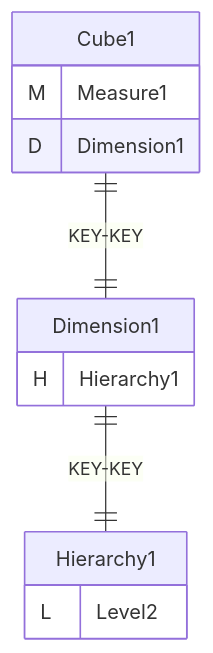
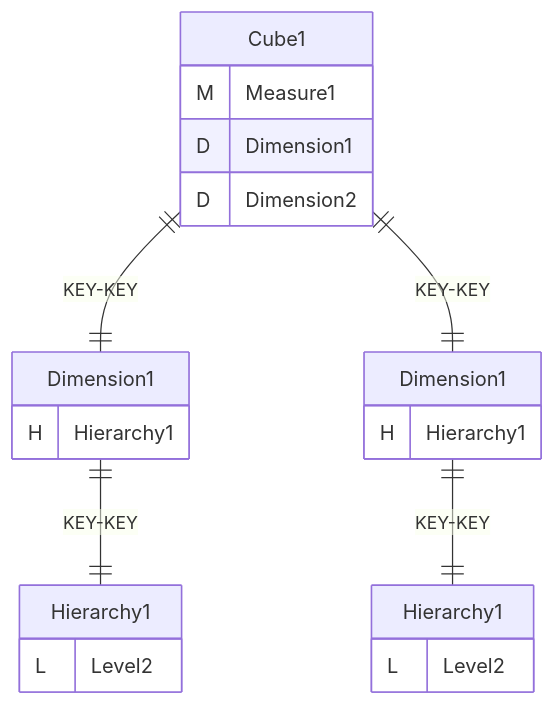
Before and after one commit to xmla-services/workground: the first of 4 diagrams in demo/server/catalogs/tutorial_25_with_role_with_access_all_none_custom/README.MD, drawn with Mermaid. The commit also changed other lines of this file and 30 other files, not shown here.

````diff
--- a/demo/server/catalogs/tutorial_25_with_role_with_access_all_none_custom/README.MD
+++ b/demo/server/catalogs/tutorial_25_with_role_with_access_all_none_custom/README.MD
@@ -65,26 +80,35 @@
 ```mermaid
 %%{init: {
 "theme": "default",
 "themeCSS": [
     ".er.entityBox {stroke: black;}",
     ".er.attributeBoxEven {stroke: black;}",
     ".er.attributeBoxOdd {stroke: black;}",
     "[id^=entity-c] .er.entityBox { fill: lightgreen;} ",
     "[id^=entity-d] .er.entityBox { fill: powderblue;} ",
     "[id^=entity-h] .er.entityBox { fill: pink;} "
 ]
 }}%%
 erDiagram
 c0["Cube1"]{
 M Measure1 ""
 D Dimension1 ""
+D Dimension2 ""
 }
 d00["Dimension1"] {
 H Hierarchy1 ""
 }
 h000["Hierarchy1"] {
 L Level2 ""
 }
+d01["Dimension1"] {
+H Hierarchy1 ""
+}
+h010["Hierarchy1"] {
+L Level2 ""
+}
 "c0" ||--|| "d00" : "KEY-KEY"
 "d00" ||--|| "h000" : "KEY-KEY"
+"c0" ||--|| "d01" : "KEY-KEY"
+"d01" ||--|| "h010" : "KEY-KEY"
 ```
````
